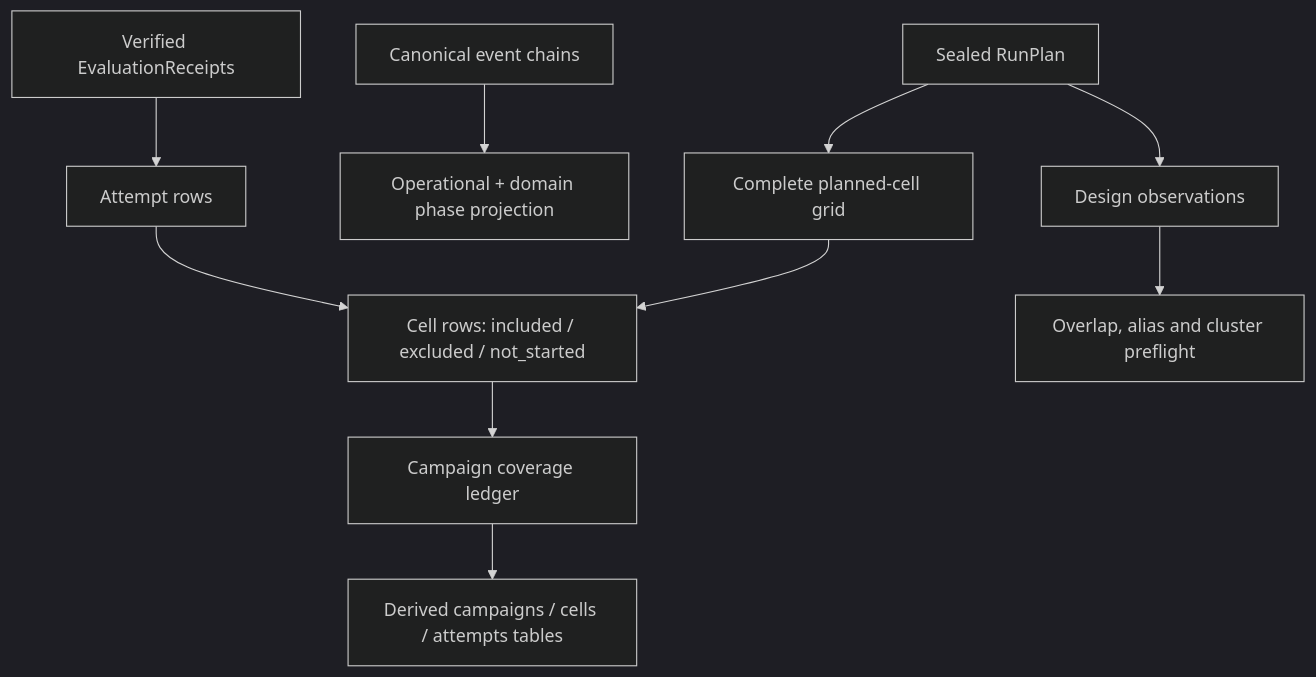
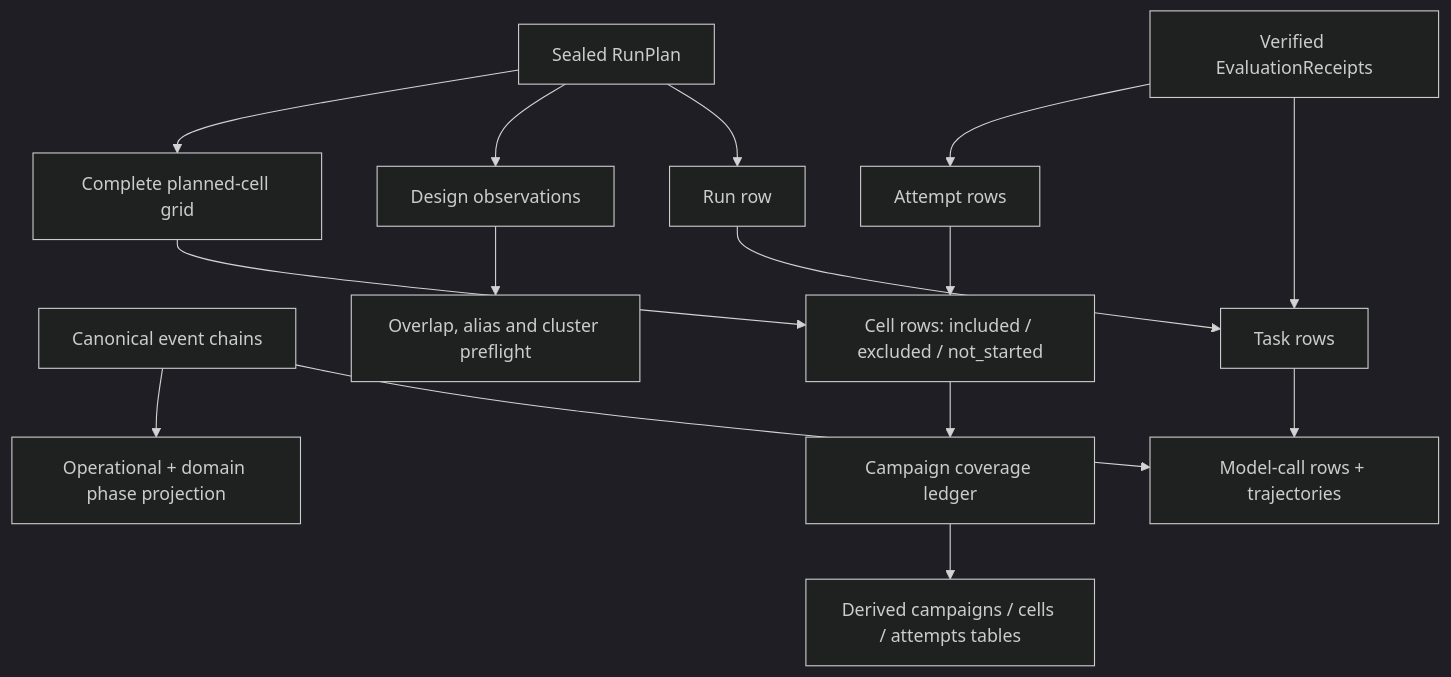
The diagram in docs/research_runner_harness.md (aeread-org/AERead), drawn with Mermaid (dark theme) before and after one commit. The commit also changed other lines of this file and 4 other files, not shown here.

````diff
--- a/docs/research_runner_harness.md
+++ b/docs/research_runner_harness.md
@@ -18,12 +18,16 @@
 ```mermaid
 flowchart TD
     P[Sealed RunPlan] --> G[Complete planned-cell grid]
     E[Canonical event chains] --> EP[Operational + domain phase projection]
     R[Verified EvaluationReceipts] --> A[Attempt rows]
     G --> C[Cell rows: included / excluded / not_started]
     A --> C
     C --> L[Campaign coverage ledger]
     P --> D[Design observations]
     D --> Q[Overlap, alias and cluster preflight]
     L --> T[Derived campaigns / cells / attempts tables]
+    P --> LR[Run row]
+    R --> LT[Task rows]
+    E --> LC[Model-call rows + trajectories]
+    LR --> LT --> LC
 ```
````
